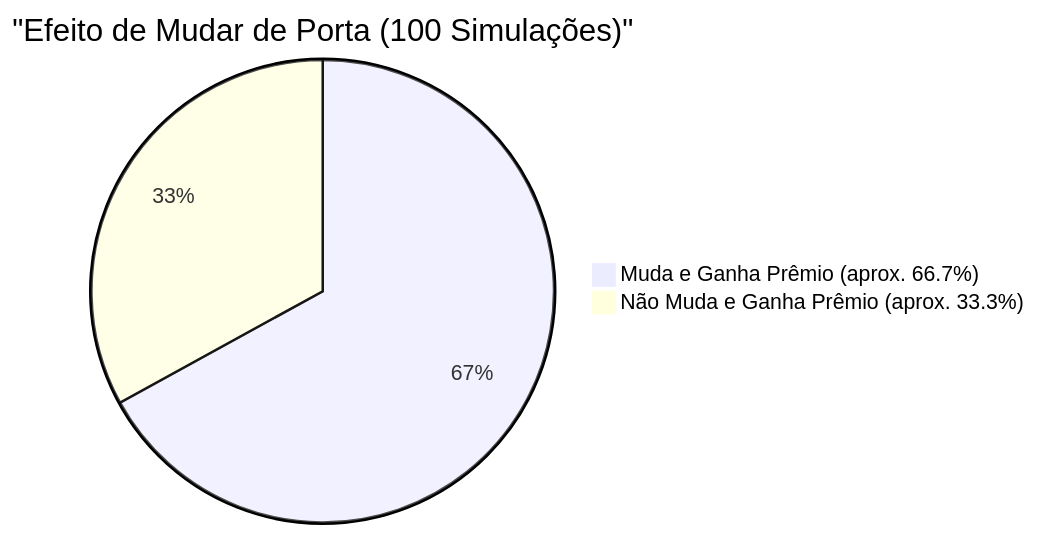
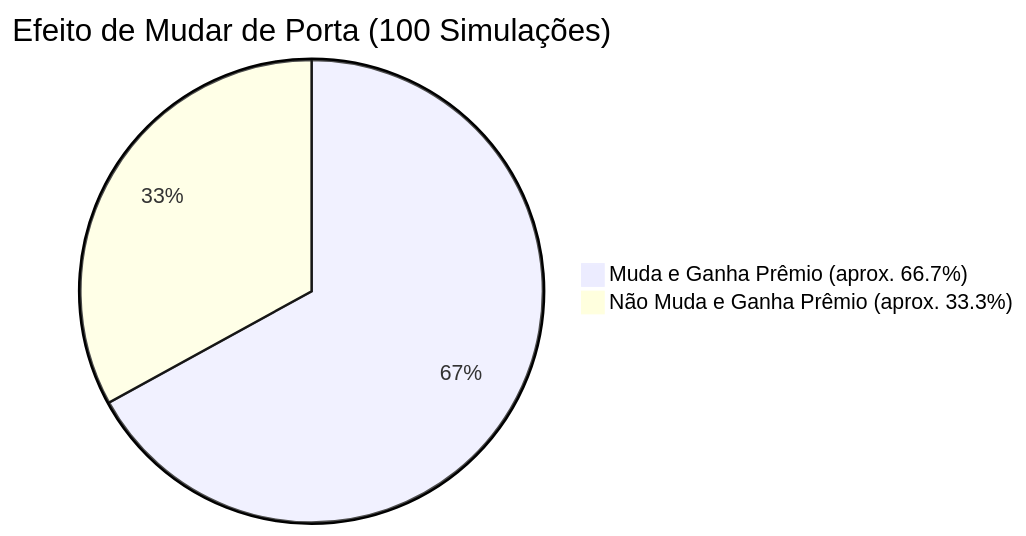
Before and after one commit to kenjinote/blog: the second of 2 diagrams in content/post/モンティ・ホール問題/index.pt.md, drawn with Mermaid. The commit also changed other lines of this file and 703 other files, not shown here.

Commit message:
Fix: Remove quotes from Mermaid link texts and timeline definitions to support Mermaid 11.4.1

````diff
--- a/content/post/モンティ・ホール問題/index.pt.md
+++ b/content/post/モンティ・ホール問題/index.pt.md
@@ -162,5 +162,5 @@
 ```mermaid
-pie title "Efeito de Mudar de Porta (100 Simulações)"
+pie title Efeito de Mudar de Porta (100 Simulações)
     "Muda e Ganha Prêmio (aprox. 66.7%)" : 67
     "Não Muda e Ganha Prêmio (aprox. 33.3%)" : 33
 ```
````
